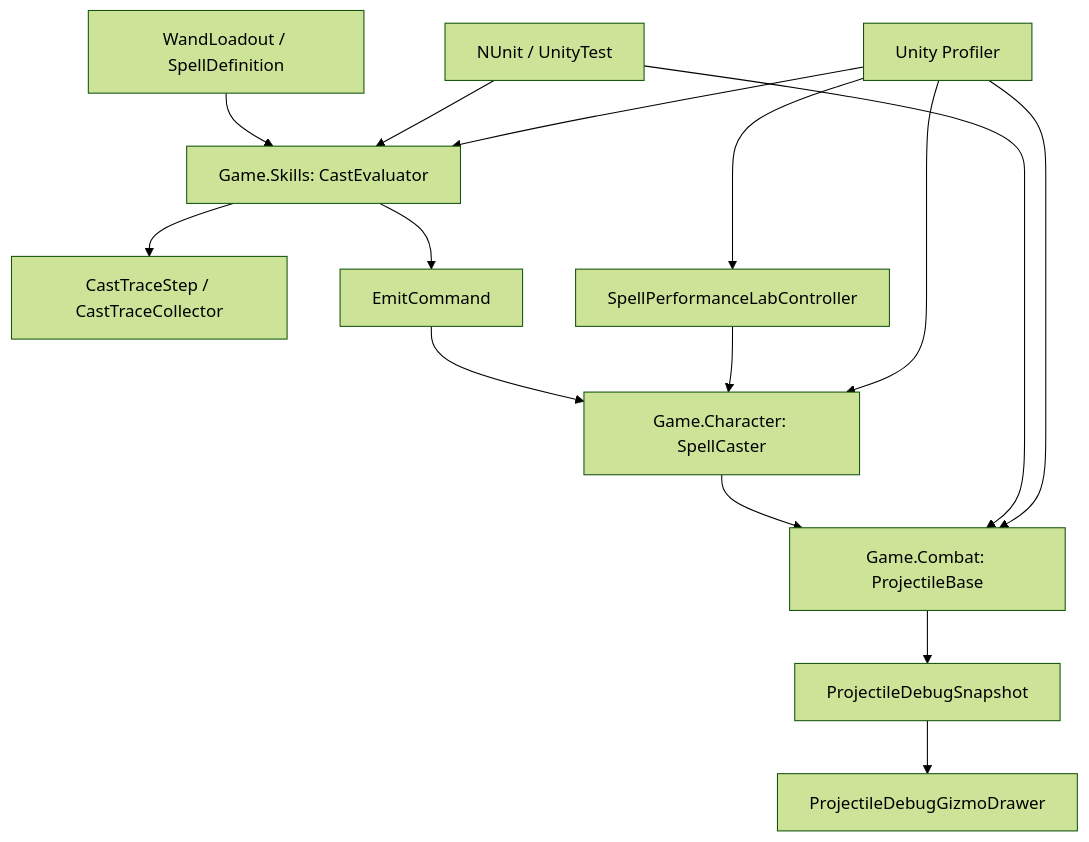
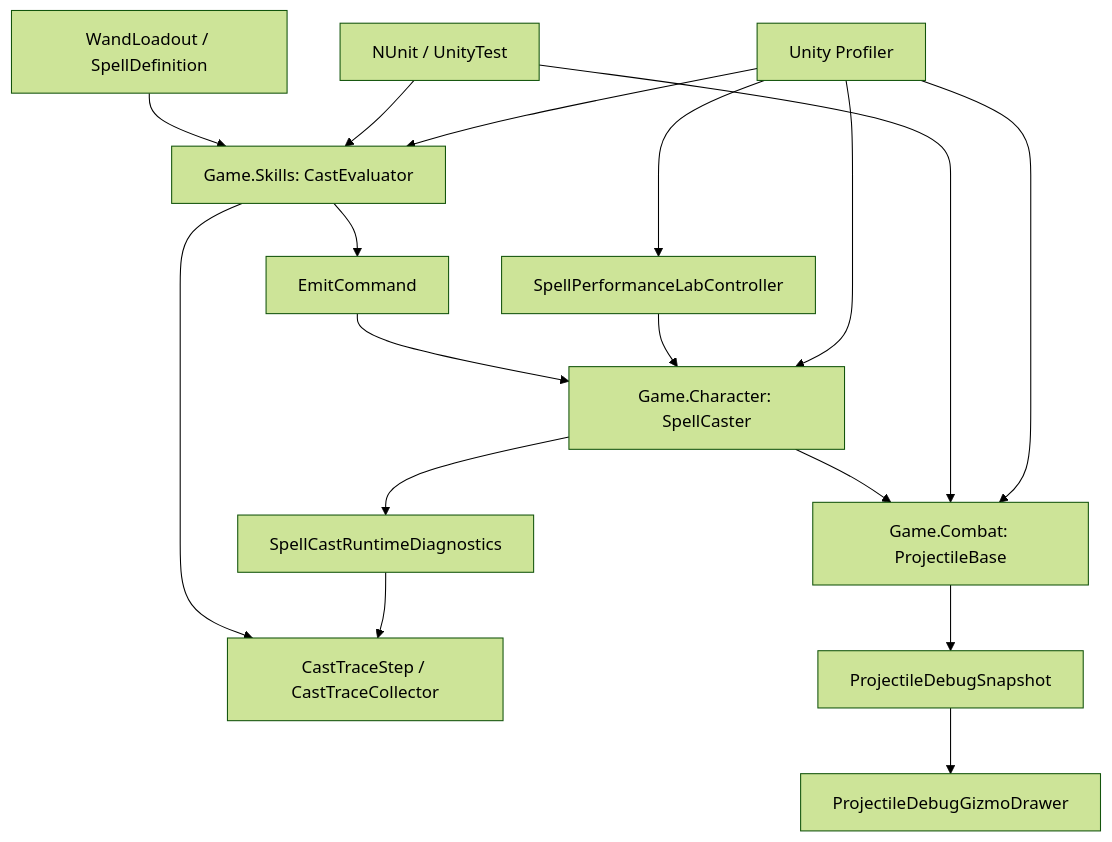
The first of 2 diagrams in Assets/_Project/Docs/2026-07-11 P0 完整解析.md (uuh8/RPG), drawn with Mermaid (forest theme) before and after one commit. The commit also changed other lines of this file and 462 other files, not shown here.

````diff
--- a/Assets/_Project/Docs/2026-07-11 P0 完整解析.md
+++ b/Assets/_Project/Docs/2026-07-11 P0 完整解析.md
@@ -360,17 +360,19 @@
 ```mermaid
 flowchart TD
     A["WandLoadout / SpellDefinition"] --> B["Game.Skills: CastEvaluator"]
     B --> C["CastTraceStep / CastTraceCollector"]
     B --> D["EmitCommand"]
     D --> E["Game.Character: SpellCaster"]
+    E --> L["SpellCastRuntimeDiagnostics"]
+    L --> C
     E --> F["Game.Combat: ProjectileBase"]
     F --> G["ProjectileDebugSnapshot"]
     G --> H["ProjectileDebugGizmoDrawer"]
     I["SpellPerformanceLabController"] --> E
     J["NUnit / UnityTest"] --> B
     J --> F
     K["Unity Profiler"] --> B
     K --> E
     K --> F
     K --> I
 ```
````
